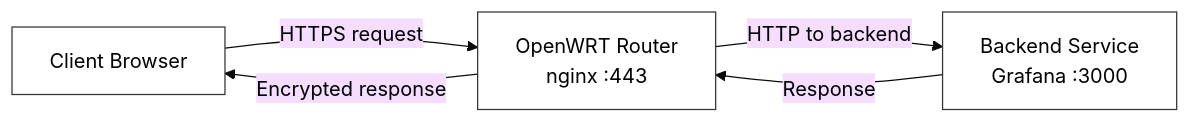
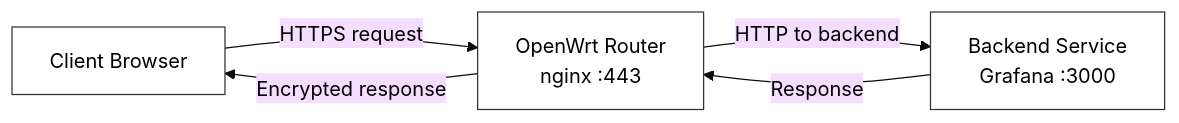
One commit to tsuki-yo/PiBlog changed the first of 2 diagrams in content/posts/nginx-reverse-proxy-openwrt.md. Above: the diagram before and after it, drawn with Mermaid. The commit also changed other lines of this file, not shown here.

Commit message:
fix: correct OpenWrt capitalization

```diff
--- a/content/posts/nginx-reverse-proxy-openwrt.md
+++ b/content/posts/nginx-reverse-proxy-openwrt.md
@@ -76,12 +76,12 @@
 {{< mermaid class="text-center" style="max-width: 800px; margin: 0 auto;" >}}
 %%{init: {'theme': 'base', 'themeVariables': { 'primaryTextColor': '#000', 'nodeTextColor': '#000', 'textColor': '#000', 'nodeBorder': '#333', 'mainBkg': '#fff'}}}%%
 flowchart LR
     Client["Client Browser"]
-    Router["OpenWRT Router<br/>nginx :443"]
+    Router["OpenWrt Router<br/>nginx :443"]
     Backend["Backend Service<br/>Grafana :3000"]
 
     Client -->|HTTPS request| Router
     Router -->|HTTP to backend| Backend
     Backend -->|Response| Router
     Router -->|Encrypted response| Client
 {{< /mermaid >}}
```
